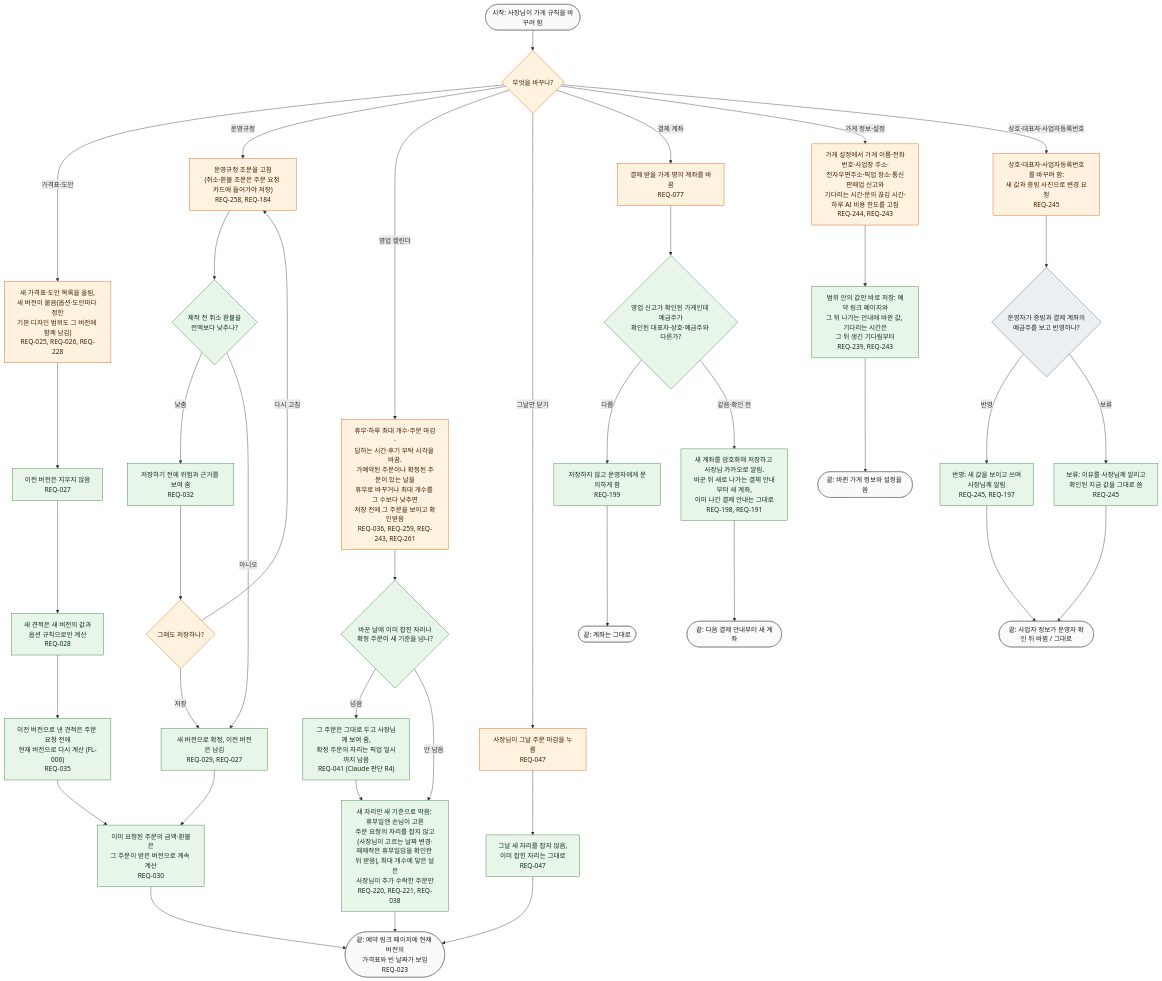
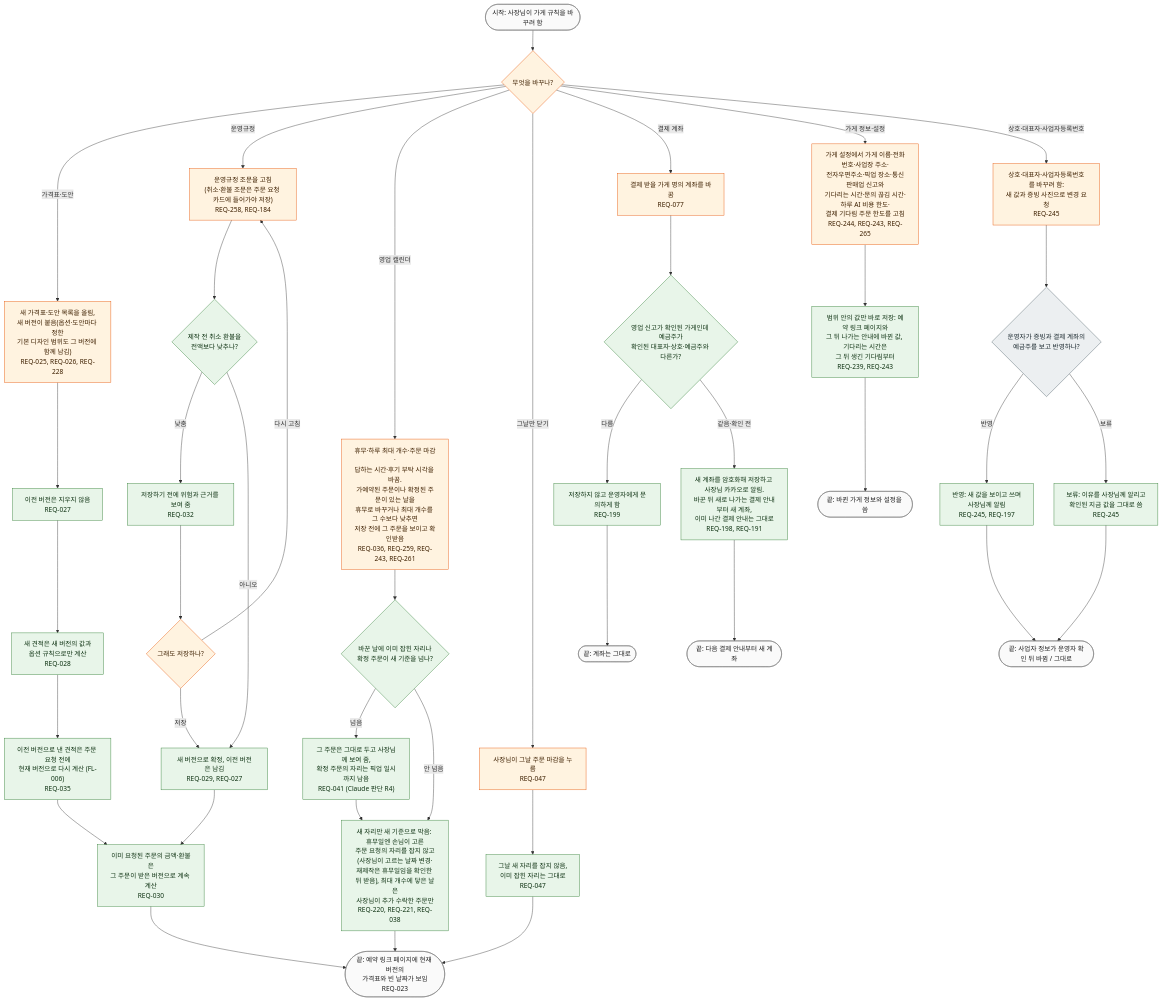
Before and after one commit to kodonghui/siljang.ai: the diagram in docs/03-user-flow/FL-002-change-shop-rules.md, drawn with Mermaid. The commit also changed other lines of this file and 8 other files, not shown here.

````diff
--- a/docs/03-user-flow/FL-002-change-shop-rules.md
+++ b/docs/03-user-flow/FL-002-change-shop-rules.md
@@ -18,66 +18,66 @@
 ```mermaid
 flowchart TD
   S(["시작: 사장님이 가게 규칙을 바꾸려 함"])
   D0{"무엇을 바꾸나?"}
   P1["새 가격표·도안 목록을 올림,<br/>새 버전이 붙음(옵션·도안마다 정한<br/>기본 디자인 범위도 그 버전에 함께 남김)<br/>REQ-025, REQ-026, REQ-228"]
   P2["이전 버전은 지우지 않음<br/>REQ-027"]
   P3["새 견적은 새 버전의 값과<br/>옵션 규칙으로만 계산<br/>REQ-028"]
   P4["이전 버전으로 낸 견적은 주문 요청 전에<br/>현재 버전으로 다시 계산 (FL-006)<br/>REQ-035"]
   U1["운영규정 조문을 고침<br/>(취소·환불 조문은 주문 요청 카드에 들어가야 저장)<br/>REQ-258, REQ-184"]
   D1{"제작 전 취소 환불을<br/>전액보다 낮추나?"}
   U2["저장하기 전에 위험과 근거를 보여 줌<br/>REQ-032"]
   D2{"그래도 저장하나?"}
   U3["새 버전으로 확정, 이전 버전은 남김<br/>REQ-029, REQ-027"]
   K1["이미 요청된 주문의 금액·환불은<br/>그 주문이 받은 버전으로 계속 계산<br/>REQ-030"]
   C1["휴무·하루 최대 개수·주문 마감·<br/>답하는 시간·후기 부탁 시각을 바꿈.<br/>가예약된 주문이나 확정된 주문이 있는 날을<br/>휴무로 바꾸거나 최대 개수를 그 수보다 낮추면<br/>저장 전에 그 주문을 보이고 확인받음<br/>REQ-036, REQ-259, REQ-243, REQ-261"]
   D3{"바꾼 날에 이미 잡힌 자리나<br/>확정 주문이 새 기준을 넘나?"}
   C2["그 주문은 그대로 두고 사장님께 보여 줌,<br/>확정 주문의 자리는 픽업 일시까지 남음<br/>REQ-041 (Claude 판단 R4)"]
   C3["새 자리만 새 기준으로 막음: 휴무일엔 손님이 고른<br/>주문 요청의 자리를 잡지 않고(사장님이 고르는 날짜 변경·<br/>재제작은 휴무일임을 확인한 뒤 받음), 최대 개수에 닿은 날은<br/>사장님이 추가 수락한 주문만<br/>REQ-220, REQ-221, REQ-038"]
   M1["사장님이 그날 주문 마감을 누름<br/>REQ-047"]
   M2["그날 새 자리를 잡지 않음,<br/>이미 잡힌 자리는 그대로<br/>REQ-047"]
   E1(["끝: 예약 링크 페이지에 현재 버전의<br/>가격표와 빈 날짜가 보임<br/>REQ-023"])
   A1["결제 받을 가게 명의 계좌를 바꿈<br/>REQ-077"]
   D4{"영업 신고가 확인된 가게인데 예금주가<br/>확인된 대표자·상호·예금주와 다른가?"}
   W1["저장하지 않고 운영자에게 문의하게 함<br/>REQ-199"]
   A2["새 계좌를 암호화해 저장하고 사장님 카카오로 알림.<br/>바꾼 뒤 새로 나가는 결제 안내부터 새 계좌,<br/>이미 나간 결제 안내는 그대로<br/>REQ-198, REQ-191"]
   E2(["끝: 다음 결제 안내부터 새 계좌"])
   E3(["끝: 계좌는 그대로"])
-  G1["가게 설정에서 가게 이름·전화번호·사업장 주소·<br/>전자우편주소·픽업 장소·통신판매업 신고와<br/>기다리는 시간·문의 끊김 시간·하루 AI 비용 한도를 고침<br/>REQ-244, REQ-243"]
+  G1["가게 설정에서 가게 이름·전화번호·사업장 주소·<br/>전자우편주소·픽업 장소·통신판매업 신고와<br/>기다리는 시간·문의 끊김 시간·하루 AI 비용 한도·<br/>결제 기다림 주문 한도를 고침<br/>REQ-244, REQ-243, REQ-265"]
   G2["범위 안의 값만 바로 저장: 예약 링크 페이지와<br/>그 뒤 나가는 안내에 바뀐 값, 기다리는 시간은<br/>그 뒤 생긴 기다림부터<br/>REQ-239, REQ-243"]
   B1["상호·대표자·사업자등록번호를 바꾸려 함:<br/>새 값과 증빙 사진으로 변경 요청<br/>REQ-245"]
   D5{"운영자가 증빙과 결제 계좌의<br/>예금주를 보고 반영하나?"}
   B2["반영: 새 값을 보이고 쓰며<br/>사장님께 알림<br/>REQ-245, REQ-197"]
   B3["보류: 이유를 사장님께 알리고<br/>확인된 지금 값을 그대로 씀<br/>REQ-245"]
   E4(["끝: 바뀐 가게 정보와 설정을 씀"])
   E5(["끝: 사업자 정보가 운영자 확인 뒤 바뀜 / 그대로"])
 
   S --> D0
   D0 -->|"가격표·도안"| P1 --> P2 --> P3 --> P4 --> K1
   D0 -->|"운영규정"| U1 --> D1
   D1 -->|"낮춤"| U2 --> D2
   D2 -->|"저장"| U3
   D2 -->|"다시 고침"| U1
   D1 -->|"아니오"| U3
   U3 --> K1 --> E1
   D0 -->|"영업 캘린더"| C1 --> D3
   D3 -->|"넘음"| C2 --> C3
   D3 -->|"안 넘음"| C3
   C3 --> E1
   D0 -->|"그날만 닫기"| M1 --> M2 --> E1
   D0 -->|"결제 계좌"| A1 --> D4
   D4 -->|"다름"| W1 --> E3
   D4 -->|"같음·확인 전"| A2 --> E2
   D0 -->|"가게 정보·설정"| G1 --> G2 --> E4
   D0 -->|"상호·대표자·사업자등록번호"| B1 --> D5
   D5 -->|"반영"| B2 --> E5
   D5 -->|"보류"| B3 --> E5
 
   classDef owner fill:#fff3e0,stroke:#e65100,color:#3e2000
   classDef svc fill:#e8f5e9,stroke:#2e7d32,color:#0f3313
   classDef term fill:#fafafa,stroke:#757575,color:#212121
   classDef op fill:#eceff1,stroke:#455a64,color:#1c2a30
   class D0,P1,U1,D2,C1,M1,A1,G1,B1 owner
   class D5 op
   class P2,P3,P4,D1,U2,U3,K1,D3,C2,C3,M2,D4,W1,A2,G2,B2,B3 svc
   class S,E1,E2,E3,E4,E5 term
 ```
````
